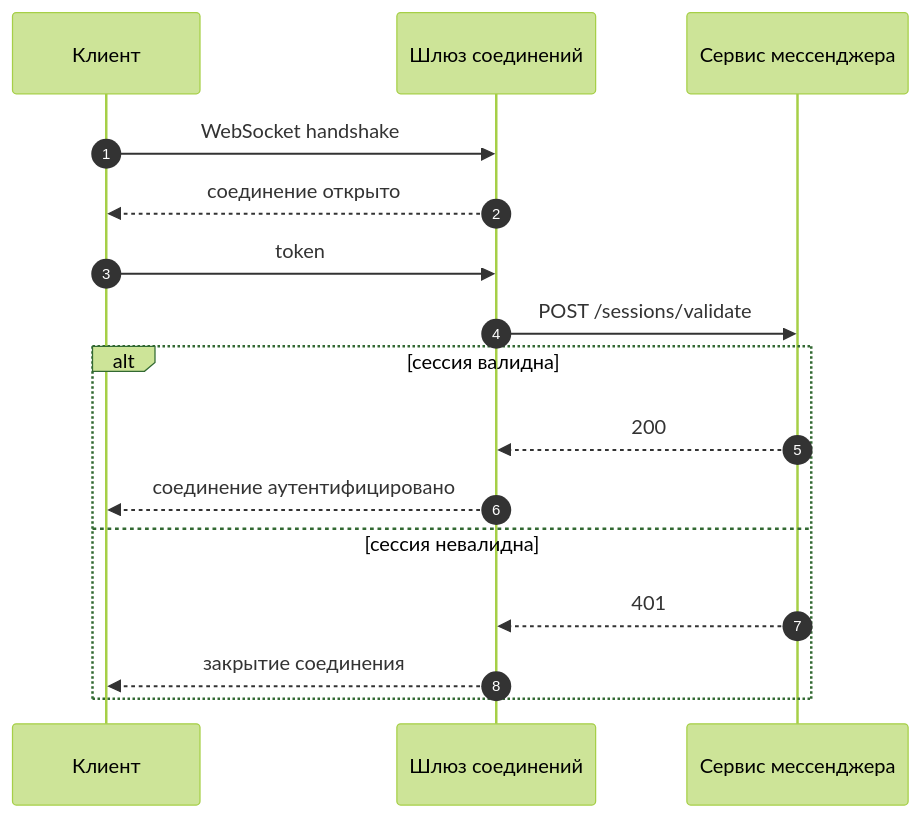
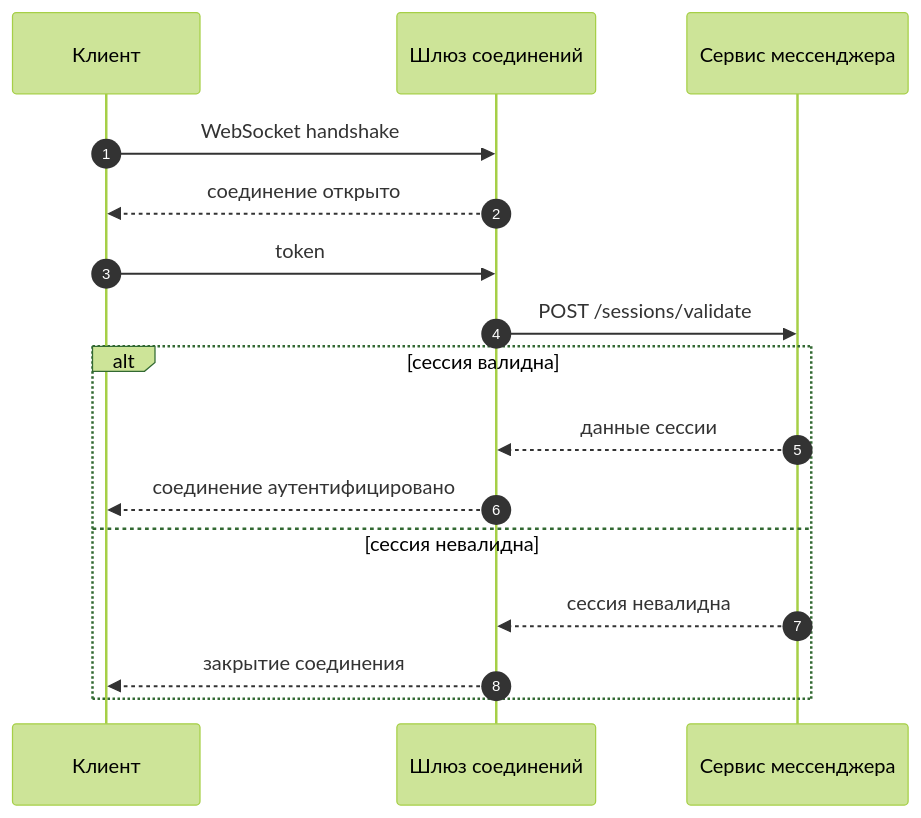
Before and after one commit to nikiats/quartz-messenger: the first of 4 diagrams in docs/tech/scenarios.md, drawn with Mermaid (forest theme). The commit also changed other lines of this file and 1 other file, not shown here.

Commit message:
api docs cleanup, add more error codes

````diff
--- a/docs/tech/scenarios.md
+++ b/docs/tech/scenarios.md
@@ -8,19 +8,19 @@
 ```mermaid
 sequenceDiagram
     autonumber
     participant C as Клиент
     participant G as Шлюз соединений
     participant M as Сервис мессенджера
 
     C->>G: WebSocket handshake
     G-->>C: соединение открыто
     C->>G: token
     G->>M: POST /sessions/validate
     alt сессия валидна
-        M-->>G: 200
+        M-->>G: данные сессии
         G-->>C: соединение аутентифицировано
     else сессия невалидна
-        M-->>G: 401
+        M-->>G: сессия невалидна
         G-->>C: закрытие соединения
     end
 ```
````
